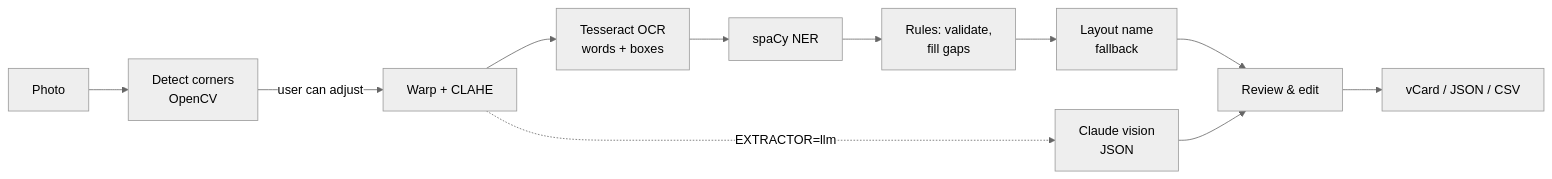
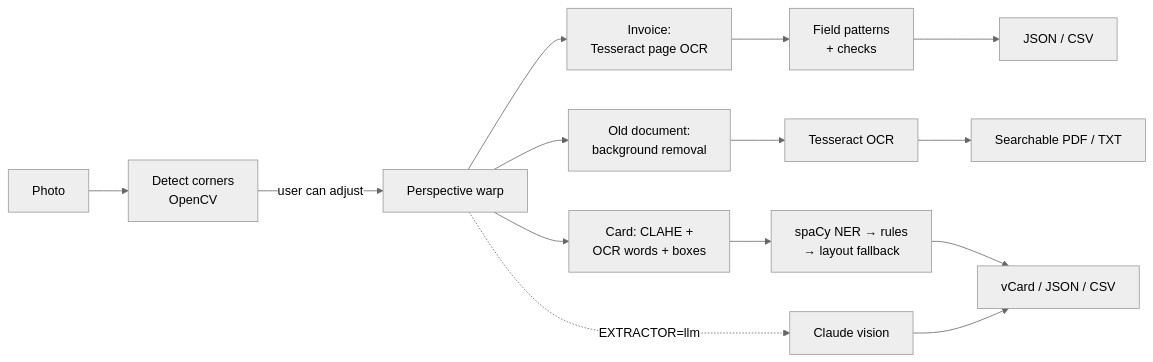
Before and after one commit to tolgaboroglu/document-scanner: the diagram in README.md, drawn with Mermaid (neutral theme). The commit also changed other lines of this file and 21 other files, not shown here.

First line of the commit message:
Add invoice and old-document modes for the client's real use case

````diff
--- a/README.md
+++ b/README.md
@@ -39,13 +69,16 @@
 ```mermaid
 flowchart LR
     A[Photo] --> B[Detect corners<br/>OpenCV]
-    B -->|user can adjust| C[Warp + CLAHE]
-    C --> D[Tesseract OCR<br/>words + boxes]
-    D --> E[spaCy NER]
-    E --> F[Rules: validate,<br/>fill gaps]
-    F --> G[Layout name<br/>fallback]
-    C -.EXTRACTOR=llm.-> H[Claude vision<br/>JSON]
-    G --> I[Review & edit]
-    H --> I
-    I --> J[vCard / JSON / CSV]
+    B -->|user can adjust| C[Perspective warp]
+    C --> INV[Invoice:<br/>Tesseract page OCR]
+    INV --> INV2[Field patterns<br/>+ checks]
+    INV2 --> OUT1[JSON / CSV]
+    C --> ARC[Old document:<br/>background removal]
+    ARC --> ARC2[Tesseract OCR]
+    ARC2 --> OUT2[Searchable PDF / TXT]
+    C --> CARD[Card: CLAHE +<br/>OCR words + boxes]
+    CARD --> NER[spaCy NER → rules<br/>→ layout fallback]
+    C -.EXTRACTOR=llm.-> LLM[Claude vision]
+    NER --> OUT3[vCard / JSON / CSV]
+    LLM --> OUT3
 ```
````
